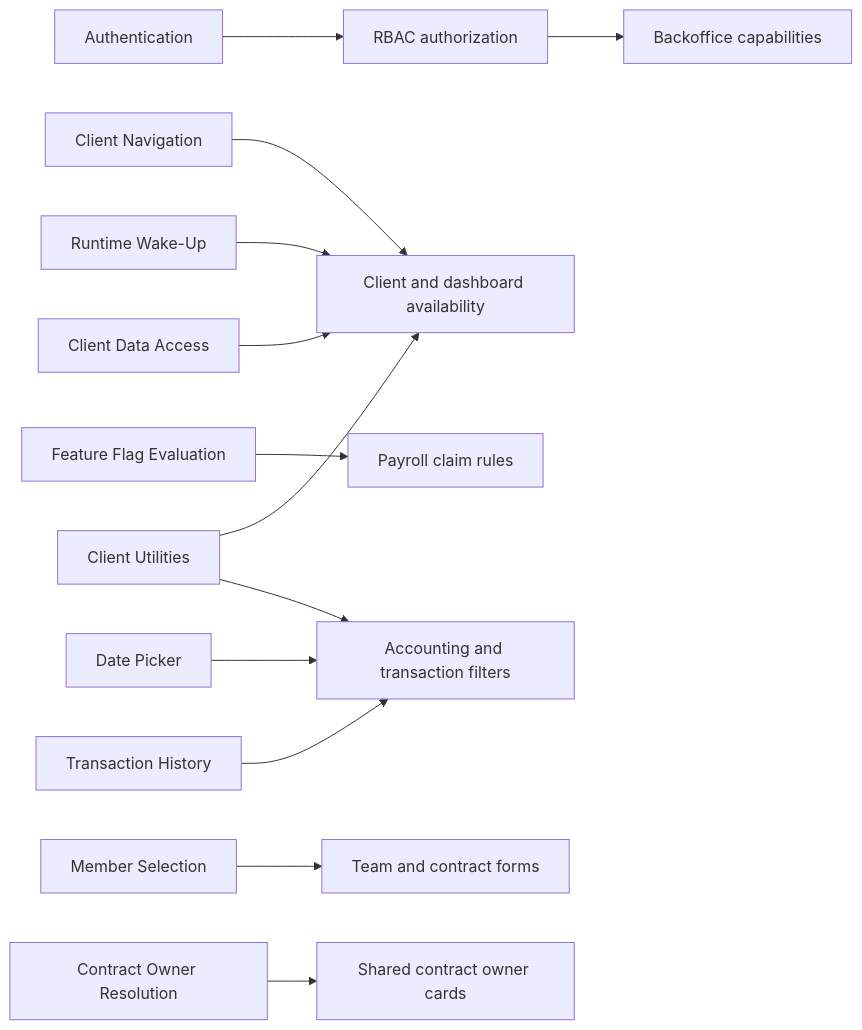
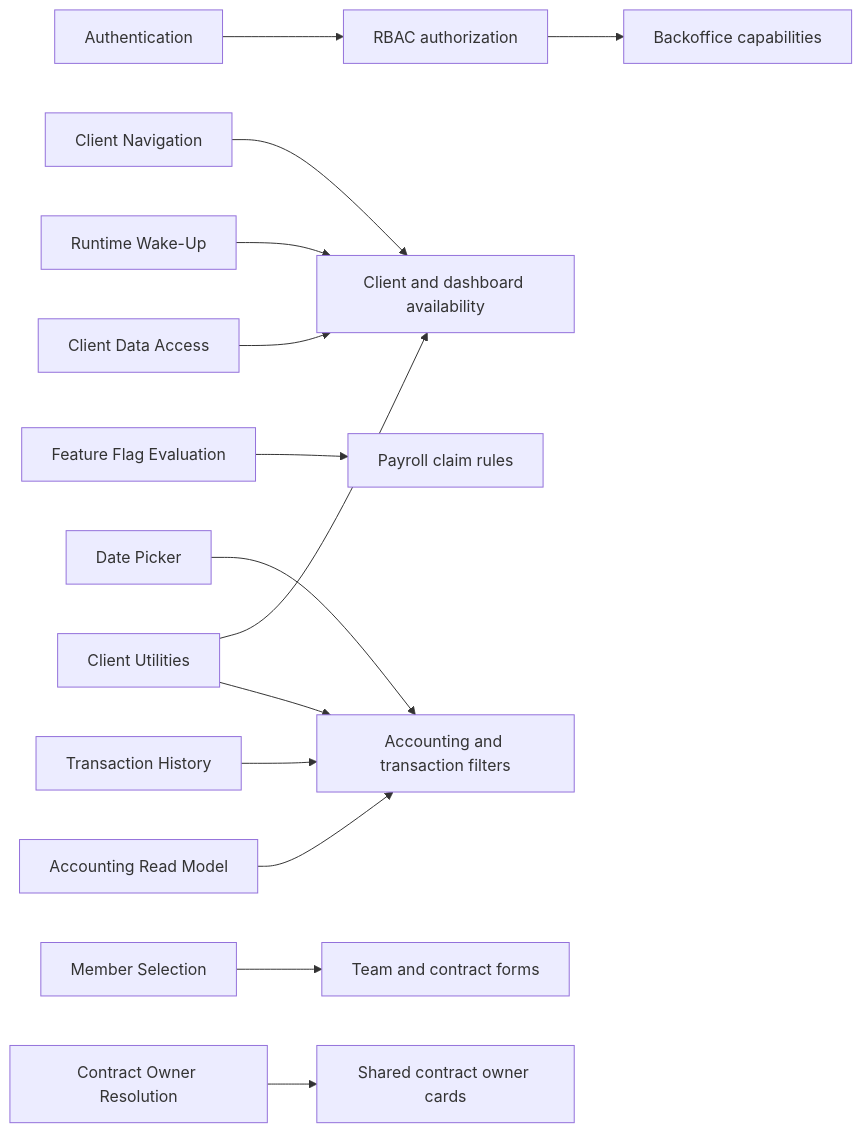
Before and after one commit to globe-and-citizen/cnc-portal: the diagram in docs/implementation/README.md, drawn with Mermaid. The commit also changed other lines of this file and 3 other files, not shown here.

Commit message:
docs: 📝 document the Accounting read model

````diff
--- a/docs/implementation/README.md
+++ b/docs/implementation/README.md
@@ -17,15 +17,16 @@
 ```mermaid
 flowchart LR
   auth[Authentication] --> rbac[RBAC authorization]
   rbac --> backoffice[Backoffice capabilities]
   navigation[Client Navigation] --> client[Client feature entry points]
   flags[Feature Flag Evaluation] --> payroll[Payroll claim rules]
   wake[Runtime Wake-Up] --> client[Client and dashboard availability]
   datePicker[Date Picker] --> reports[Accounting and transaction filters]
   transactionHistory[Transaction History] --> reports
+  accountingReadModel[Accounting Read Model] --> reports
   selection[Member Selection] --> forms[Team and contract forms]
   owner[Contract Owner Resolution] --> cards[Shared contract owner cards]
   utilities[Client Utilities] --> client
   utilities --> reports
   dataAccess[Client Data Access] --> client
 ```
````
